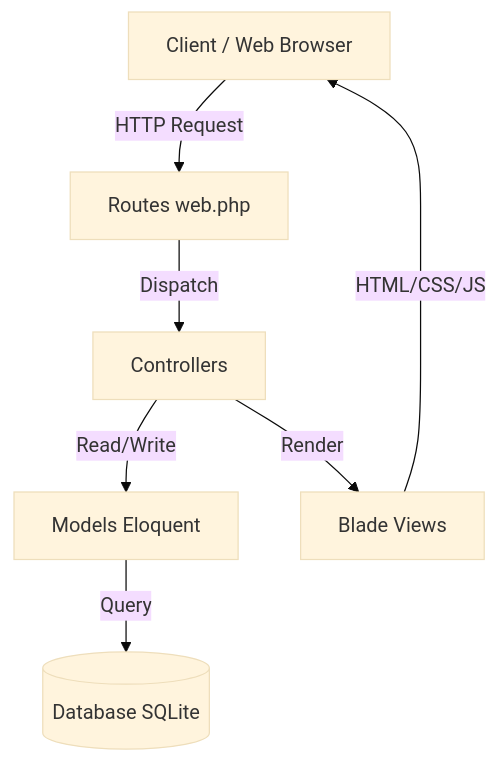
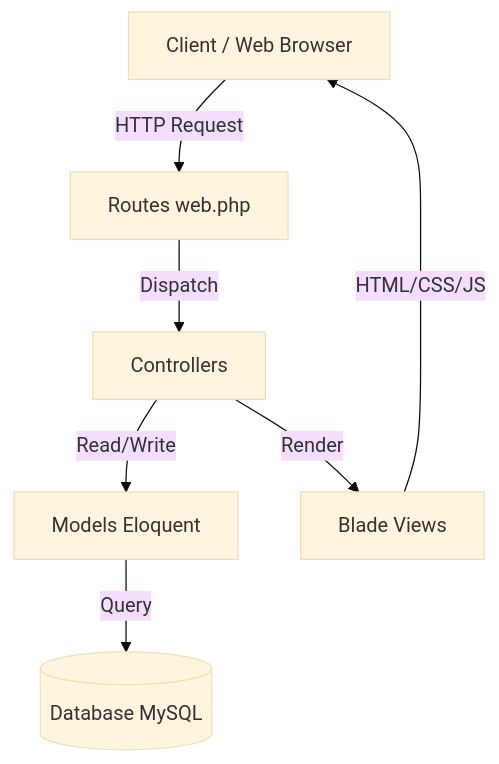
One commit to NusvaraScript/veto-nusvaa changed the diagram in README.md. Above: the diagram before and after it, drawn with Mermaid (base theme).

Commit message:
docs Koreksi graphic di readme

````diff
--- a/README.md
+++ b/README.md
@@ -45,9 +45,9 @@
 ```mermaid
 graph TD
     Client[Client / Web Browser] -->|HTTP Request| Route[Routes web.php]
     Route -->|Dispatch| Controller[Controllers]
     Controller -->|Read/Write| Model[Models Eloquent]
-    Model -->|Query| DB[(Database SQLite)]
+    Model -->|Query| DB[(Database MySQL)]
     Controller -->|Render| View[Blade Views]
     View -->|HTML/CSS/JS| Client
 ```
````
